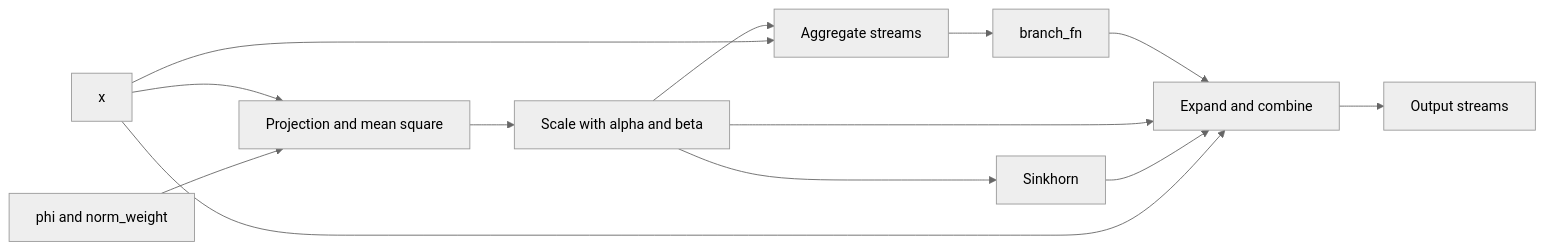
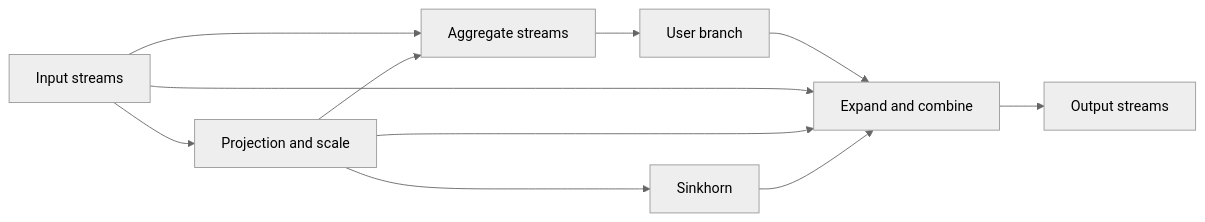
The diagram in knowledge/projects/transformer-engine/knowledgebase/upstream/prs/NVIDIA--TransformerEngine/PR-3680.md (yuguo-Jack/HCU-TrainFlow), drawn with Mermaid before and after one commit. The commit also changed other lines of this file and 42044 other files, not shown here.

````diff
--- a/knowledge/projects/transformer-engine/knowledgebase/upstream/prs/NVIDIA--TransformerEngine/PR-3680.md
+++ b/knowledge/projects/transformer-engine/knowledgebase/upstream/prs/NVIDIA--TransformerEngine/PR-3680.md
@@ -153,16 +154,14 @@
 ```mermaid
 %%{init: {'theme': 'neutral'}}%%
 flowchart LR
-  X["x"] --> Projection["Projection and mean square"]
-  Weights["phi and norm_weight"] --> Projection
-  Projection --> Scale["Scale with alpha and beta"]
-  Scale --> Sinkhorn["Sinkhorn"]
-  Scale --> Aggregate["Aggregate streams"]
-  X --> Aggregate
-  Aggregate --> Branch["branch_fn"]
-  Branch --> Combine["Expand and combine"]
-  Scale --> Combine
-  Sinkhorn --> Combine
-  X --> Combine
-  Combine --> Output["Output streams"]
+  X["Input streams"] --> P["Projection and scale"]
+  P --> S["Sinkhorn"]
+  X --> A["Aggregate streams"]
+  P --> A
+  A --> B["User branch"]
+  B --> E["Expand and combine"]
+  X --> E
+  P --> E
+  S --> E
+  E --> O["Output streams"]
 ```
````
